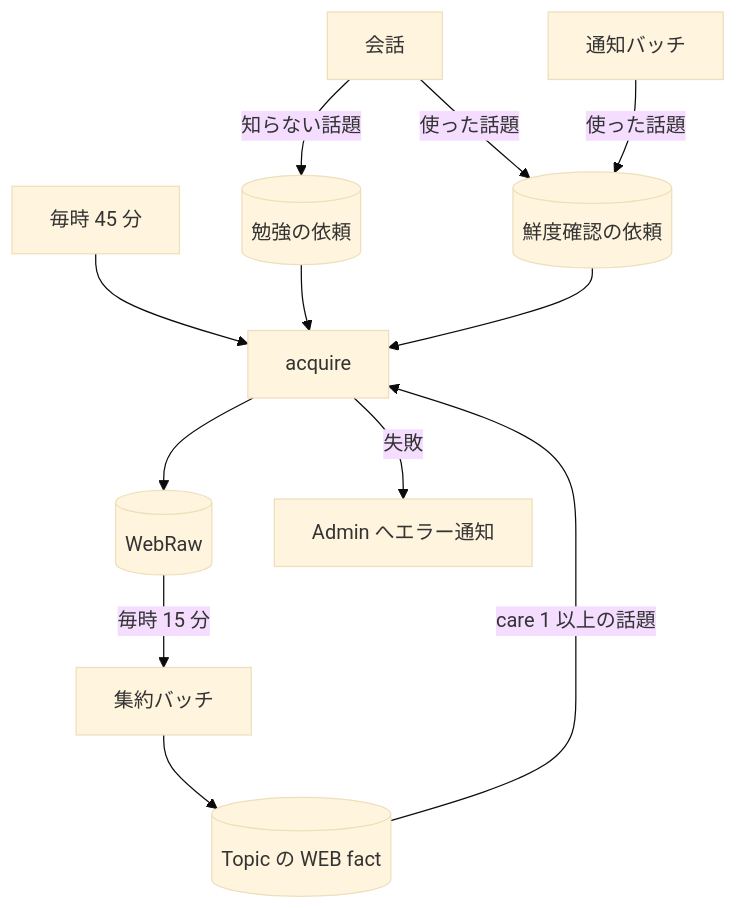
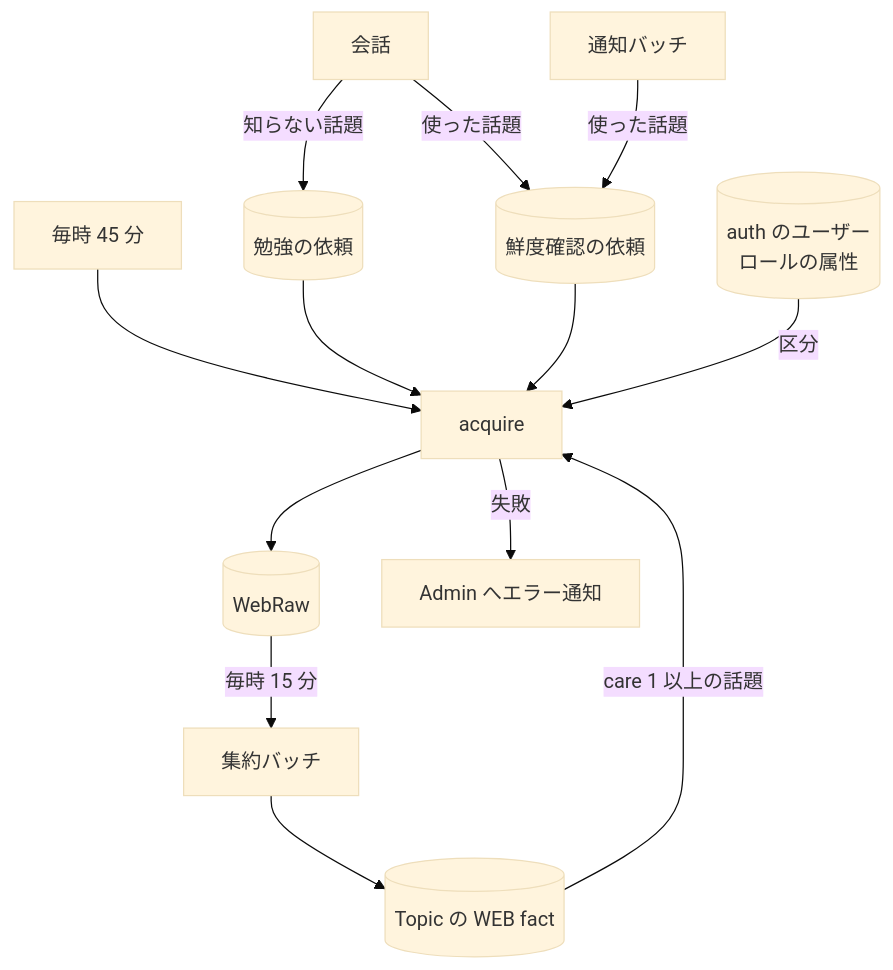
The second of 2 diagrams in docs/specs/livetalk/batch/acquire.md (nagiyu/nagiyu-platform), drawn with Mermaid (base theme) before and after one commit. The commit also changed other lines of this file and 26 other files, not shown here.

````diff
--- a/docs/specs/livetalk/batch/acquire.md
+++ b/docs/specs/livetalk/batch/acquire.md
@@ -111,13 +132,14 @@
 ```mermaid
 flowchart TD
     EB[毎時 45 分] --> L[acquire]
     C[会話] -->|知らない話題| Q[(勉強の依頼)]
     C -->|使った話題| F[(鮮度確認の依頼)]
     N[通知バッチ] -->|使った話題| F
     Q & F --> L
+    AU[(auth のユーザー<br/>ロールの属性)] -->|区分| L
     L --> W[(WebRaw)]
     W -->|毎時 15 分| CO[集約バッチ]
     CO --> T[(Topic の WEB fact)]
     T -->|care 1 以上の話題| L
     L -->|失敗| AD[Admin へエラー通知]
 ```
````
